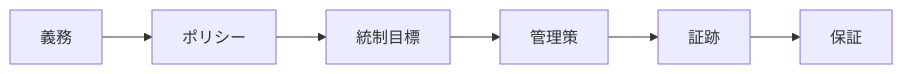
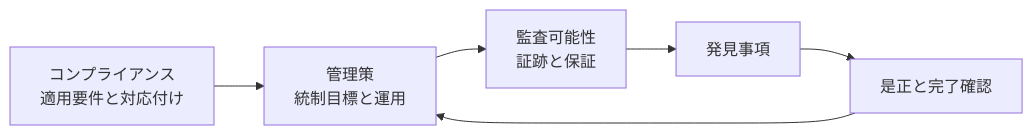
Before and after one commit to skitazaki/notes-with-ai: the diagram in content/docs/data/governance/compliance-and-auditability/_index.ja.md, drawn with Mermaid. The commit also changed other lines of this file and 37 other files, not shown here.

````diff
--- a/content/docs/data/governance/compliance-and-auditability/_index.ja.md
+++ b/content/docs/data/governance/compliance-and-auditability/_index.ja.md
@@ -15,4 +17,5 @@
 ```mermaid
 flowchart LR
-  O["義務"] --> P["ポリシー"] --> CO["統制目標"] --> C["管理策"] --> E["証跡"] --> A["保証"]
+  CMP["コンプライアンス<br/>適用要件と対応付け"] --> CTRL["管理策<br/>統制目標と運用"] --> AUD["監査可能性<br/>証跡と保証"]
+  AUD --> F["発見事項"] --> R["是正と完了確認"] --> CTRL
 ```
````
